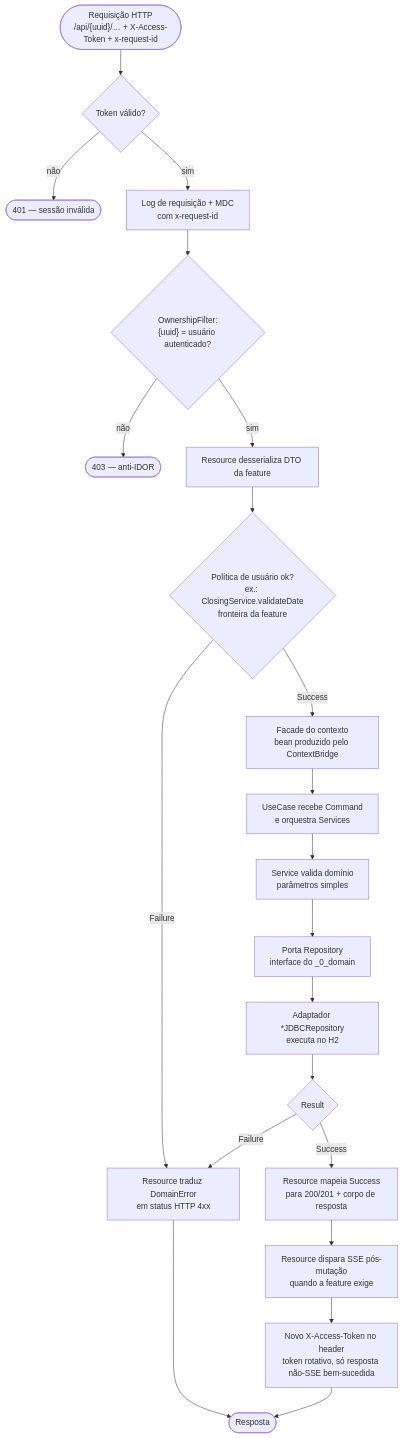
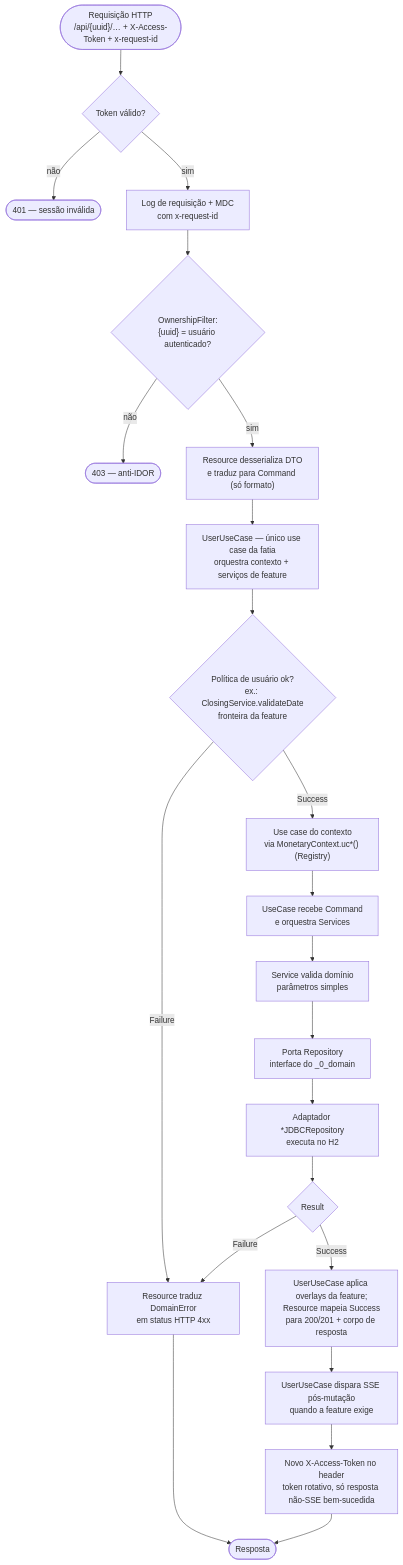
One commit to bkaraujo/cdb-judas changed the diagram in docs/architecture-backend-activity.mermaid. Above: the diagram before and after it, drawn with Mermaid. The commit also changed 50 other files, not shown here.

First line of the commit message:
refactor(monetary): consolidate use case responsibilities and simplify architecture

```diff
--- a/docs/architecture-backend-activity.mermaid
+++ b/docs/architecture-backend-activity.mermaid
@@ -1,24 +1,25 @@
 flowchart TD
 %% CDB Finance — Backend: fluxo de uma requisição mutadora (ex.: POST transação).
 %% Toda rota de dados /api/{uuid}/… percorre este caminho.
 
     REQ(["Requisição HTTP<br>/api/{uuid}/… + X-Access-Token + x-request-id"]) --> AUTH{"Token válido?"}
     AUTH -- não --> R401(["401 — sessão inválida"])
     AUTH -- sim --> MDC["Log de requisição + MDC<br>com x-request-id"]
     MDC --> OWN{"OwnershipFilter:<br>{uuid} = usuário autenticado?"}
     OWN -- não --> R403(["403 — anti-IDOR"])
-    OWN -- sim --> RES["Resource desserializa DTO da feature"]
-    RES --> POL{"Política de usuário ok?<br>ex.: ClosingService.validateDate<br>fronteira da feature"}
+    OWN -- sim --> RES["Resource desserializa DTO<br>e traduz para Command (só formato)"]
+    RES --> FUC["UserUseCase — único use case da fatia<br>orquestra contexto + serviços de feature"]
+    FUC --> POL{"Política de usuário ok?<br>ex.: ClosingService.validateDate<br>fronteira da feature"}
     POL -- Failure --> ERR["Resource traduz DomainError<br>em status HTTP 4xx"]
-    POL -- Success --> FAC["Facade do contexto<br>bean produzido pelo ContextBridge"]
+    POL -- Success --> FAC["Use case do contexto<br>via MonetaryContext.uc*() (Registry)"]
     FAC --> UC["UseCase recebe Command<br>e orquestra Services"]
     UC --> SRV["Service valida domínio<br>parâmetros simples"]
     SRV --> PORT["Porta Repository<br>interface do _0_domain"]
     PORT --> JDBC["Adaptador *JDBCRepository<br>executa no H2"]
     JDBC --> RW{"Result"}
     RW -- Failure --> ERR
-    RW -- Success --> OK["Resource mapeia Success<br>para 200/201 + corpo de resposta"]
-    OK --> SSE["Resource dispara SSE pós-mutação<br>quando a feature exige"]
+    RW -- Success --> OK["UserUseCase aplica overlays da feature;<br>Resource mapeia Success<br>para 200/201 + corpo de resposta"]
+    OK --> SSE["UserUseCase dispara SSE pós-mutação<br>quando a feature exige"]
     SSE --> TOK["Novo X-Access-Token no header<br>token rotativo, só resposta não-SSE bem-sucedida"]
     TOK --> OUT(["Resposta"])
     ERR --> OUT
```
